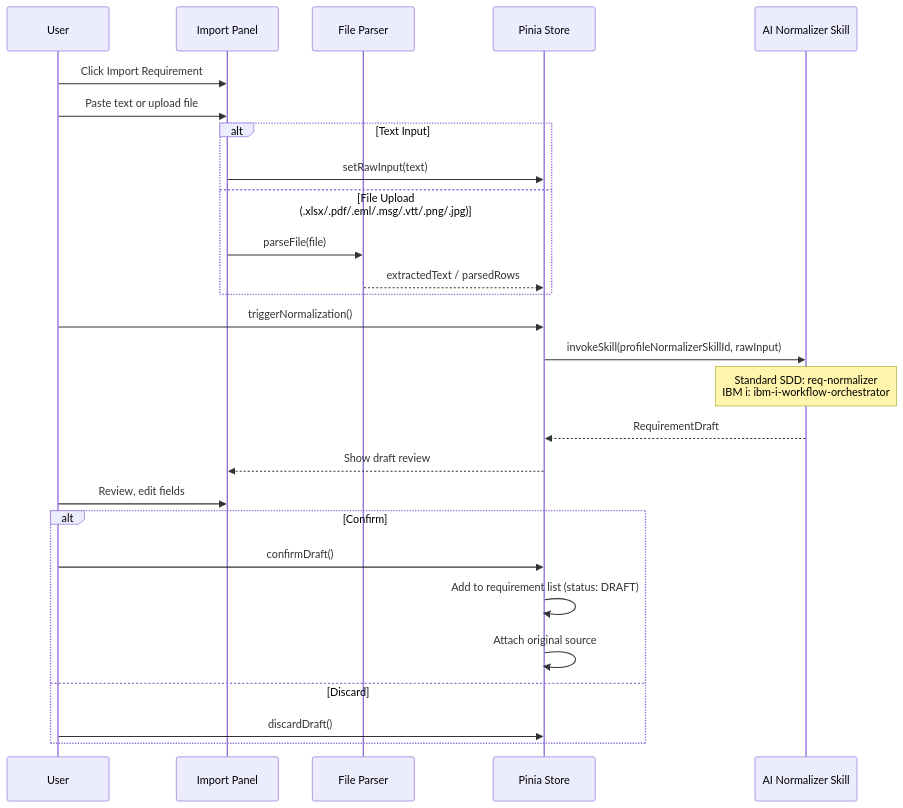
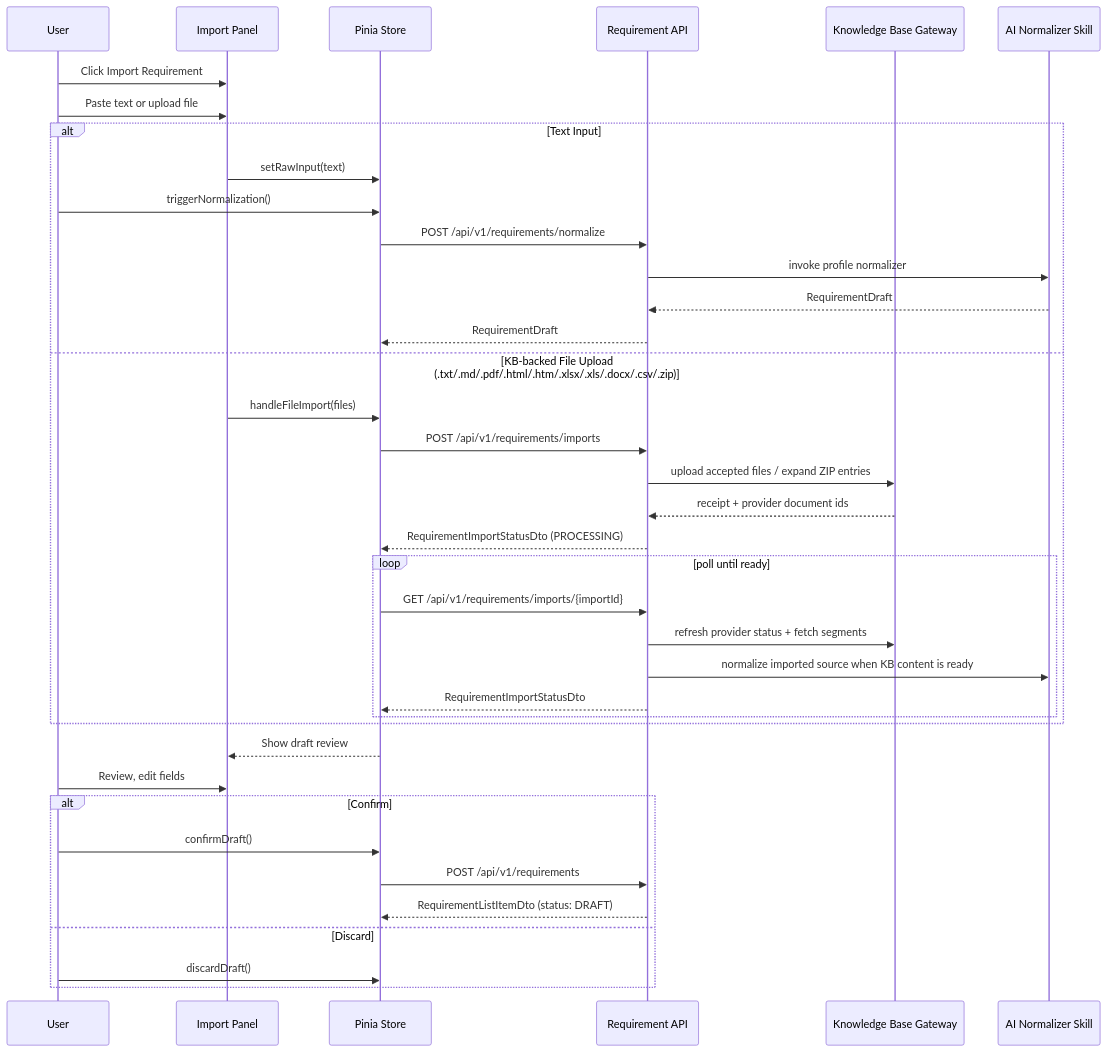
Before and after one commit to wwa-lab/Agentic-SDLC-Control-Tower: the fourth of 12 diagrams in docs/04-architecture/requirement-architecture.md, drawn with Mermaid. The commit also changed other lines of this file and 95 other files, not shown here.

Commit message:
feat: add kb-backed requirement intake flow

````diff
--- a/docs/04-architecture/requirement-architecture.md
+++ b/docs/04-architecture/requirement-architecture.md
@@ -173,34 +173,44 @@
 ```mermaid
 sequenceDiagram
     participant User
     participant ImportPanel as Import Panel
-    participant Parser as File Parser
     participant Store as Pinia Store
+    participant API as Requirement API
+    participant KB as Knowledge Base Gateway
     participant Normalizer as AI Normalizer Skill
 
     User->>ImportPanel: Click Import Requirement
     User->>ImportPanel: Paste text or upload file
 
     alt Text Input
         ImportPanel->>Store: setRawInput(text)
-    else File Upload (.xlsx/.pdf/.eml/.msg/.vtt/.png/.jpg)
-        ImportPanel->>Parser: parseFile(file)
-        Parser-->>Store: extractedText / parsedRows
+        User->>Store: triggerNormalization()
+        Store->>API: POST /api/v1/requirements/normalize
+        API->>Normalizer: invoke profile normalizer
+        Normalizer-->>API: RequirementDraft
+        API-->>Store: RequirementDraft
+    else KB-backed File Upload (.txt/.md/.pdf/.html/.htm/.xlsx/.xls/.docx/.csv/.zip)
+        ImportPanel->>Store: handleFileImport(files)
+        Store->>API: POST /api/v1/requirements/imports
+        API->>KB: upload accepted files / expand ZIP entries
+        KB-->>API: receipt + provider document ids
+        API-->>Store: RequirementImportStatusDto (PROCESSING)
+        loop poll until ready
+            Store->>API: GET /api/v1/requirements/imports/{importId}
+            API->>KB: refresh provider status + fetch segments
+            API->>Normalizer: normalize imported source when KB content is ready
+            API-->>Store: RequirementImportStatusDto
+        end
     end
-
-    User->>Store: triggerNormalization()
-    Store->>Normalizer: invokeSkill(profileNormalizerSkillId, rawInput)
-    Note over Normalizer: Standard SDD: req-normalizer<br/>IBM i: ibm-i-workflow-orchestrator
-    Normalizer-->>Store: RequirementDraft
 
     Store-->>ImportPanel: Show draft review
     User->>ImportPanel: Review, edit fields
 
     alt Confirm
         User->>Store: confirmDraft()
-        Store->>Store: Add to requirement list (status: DRAFT)
-        Store->>Store: Attach original source
+        Store->>API: POST /api/v1/requirements
+        API-->>Store: RequirementListItemDto (status: DRAFT)
     else Discard
         User->>Store: discardDraft()
     end
 ```
````
